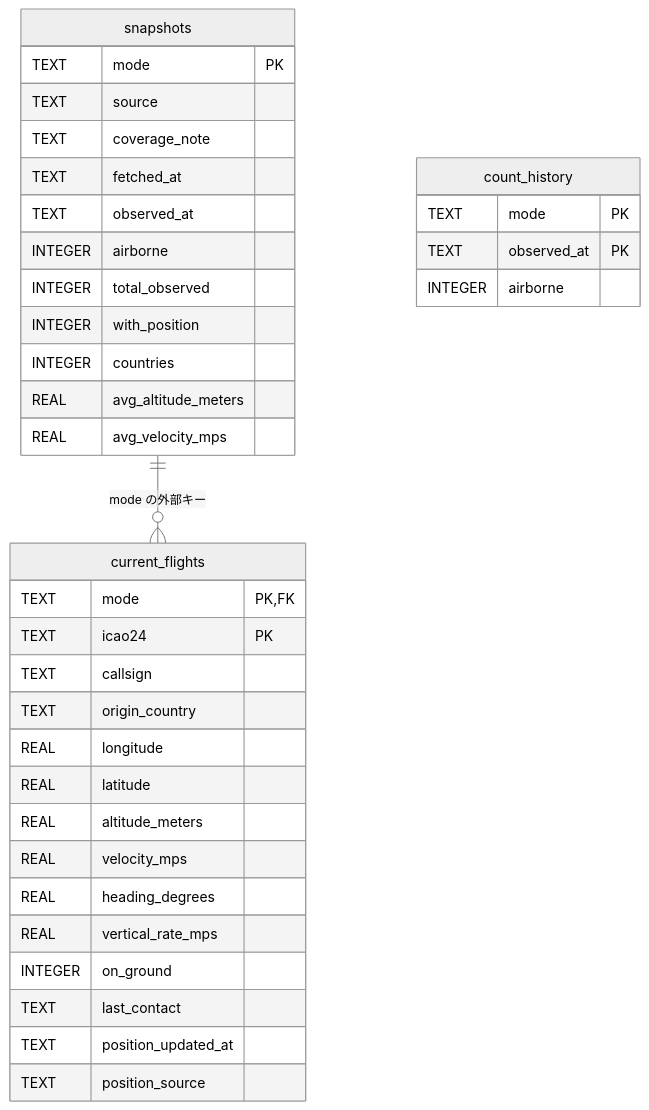
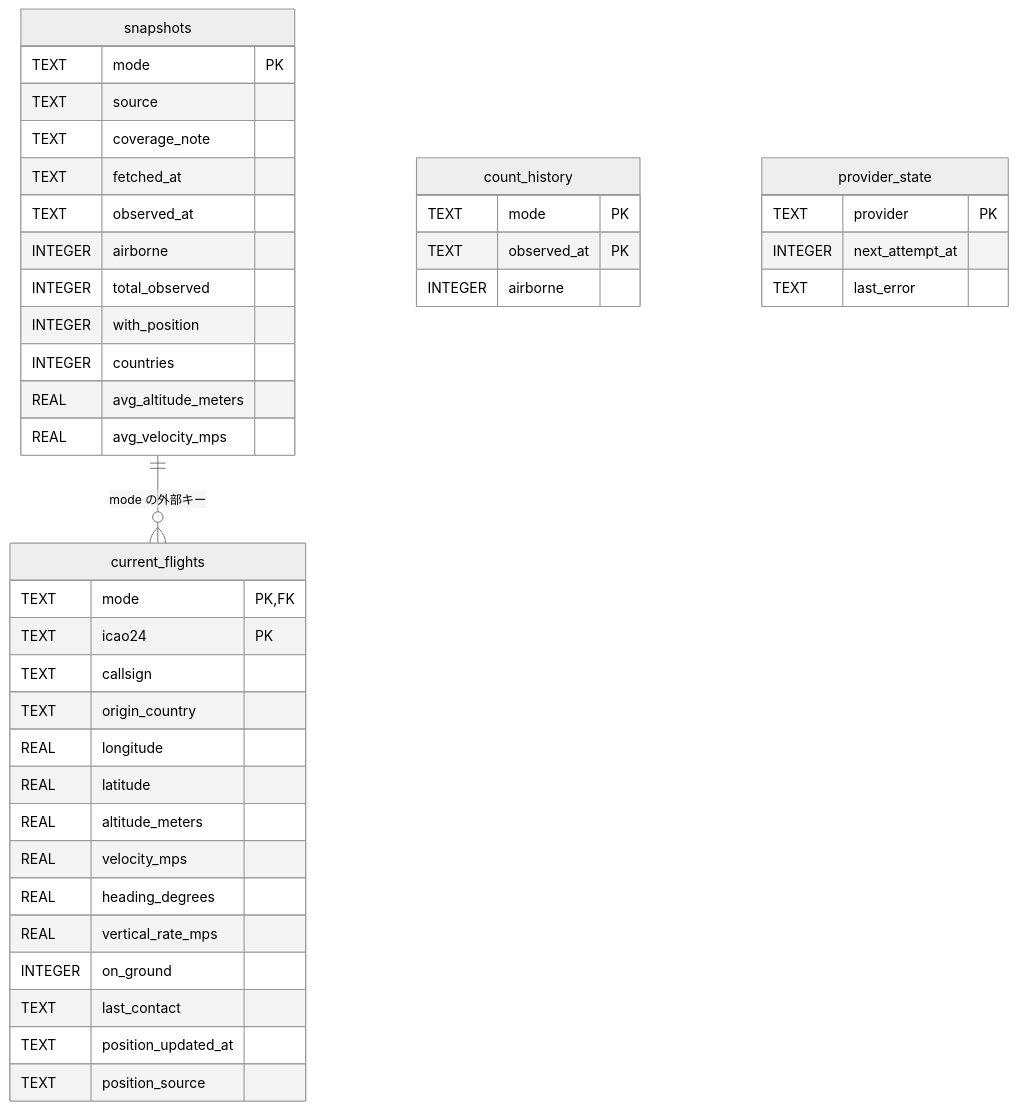
The diagram in docs/05-database-design.md (Busaemon/global-flight-monitor), drawn with Mermaid (neutral theme) before and after one commit. The commit also changed other lines of this file and 69 other files, not shown here.

````diff
--- a/docs/05-database-design.md
+++ b/docs/05-database-design.md
@@ -34,38 +35,43 @@
 ```mermaid
 erDiagram
     snapshots ||--o{ current_flights : "mode の外部キー"
     snapshots {
         TEXT mode PK
         TEXT source
         TEXT coverage_note
         TEXT fetched_at
         TEXT observed_at
         INTEGER airborne
         INTEGER total_observed
         INTEGER with_position
         INTEGER countries
         REAL avg_altitude_meters
         REAL avg_velocity_mps
     }
     current_flights {
         TEXT mode PK,FK
         TEXT icao24 PK
         TEXT callsign
         TEXT origin_country
         REAL longitude
         REAL latitude
         REAL altitude_meters
         REAL velocity_mps
         REAL heading_degrees
         REAL vertical_rate_mps
         INTEGER on_ground
         TEXT last_contact
         TEXT position_updated_at
         TEXT position_source
     }
     count_history {
         TEXT mode PK
         TEXT observed_at PK
         INTEGER airborne
     }
+    provider_state {
+        TEXT provider PK
+        INTEGER next_attempt_at
+        TEXT last_error
+    }
 ```
````
